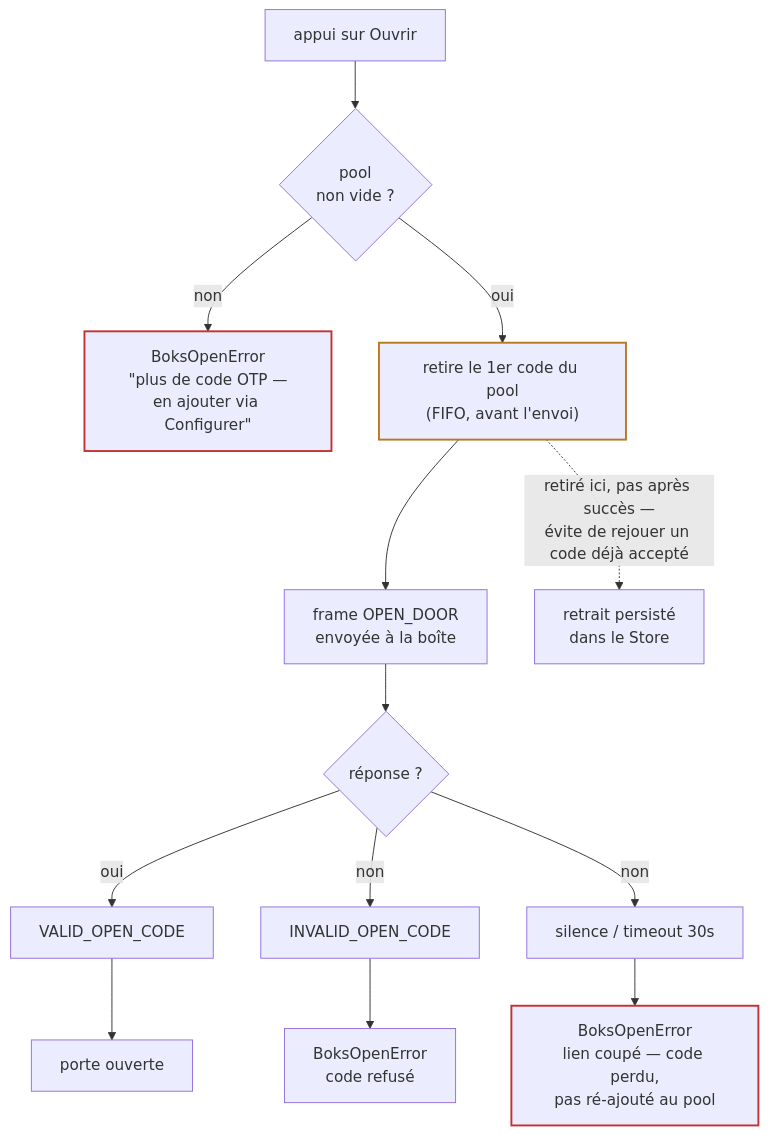
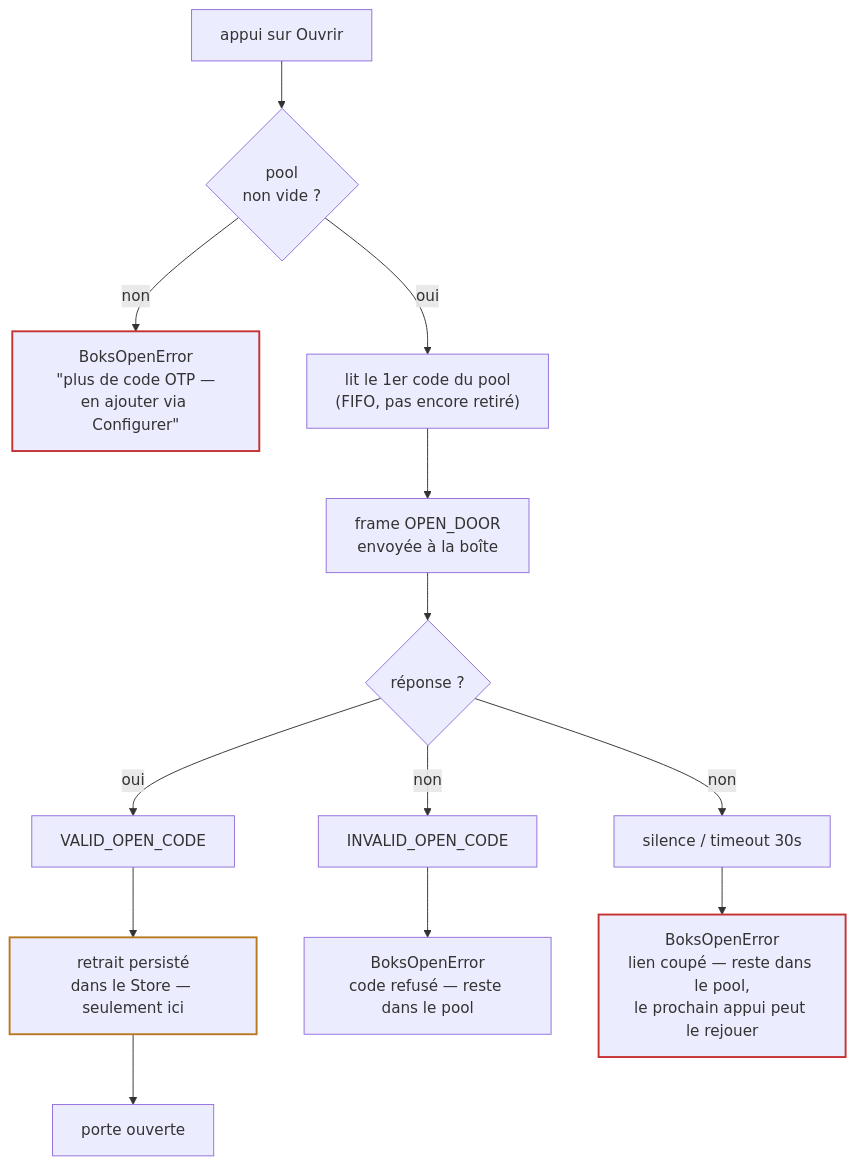
One commit to kamahat/skob-ha changed the second of 2 diagrams in docs/fr/TODO.md. Above: the diagram before and after it, drawn with Mermaid. The commit also changed other lines of this file and 1 other file, not shown here.

First line of the commit message:
docs(todo): OTP removal happens on confirmed use, not on send

````diff
--- a/docs/fr/TODO.md
+++ b/docs/fr/TODO.md
@@ -258,33 +258,30 @@
 ```mermaid
 flowchart TD
     press["appui sur Ouvrir"]
     check{"pool<br/>non vide ?"}
     empty["BoksOpenError<br/>&quot;plus de code OTP —<br/>en ajouter via Configurer&quot;"]
 
-    pop["retire le 1er code du pool<br/>(FIFO, avant l'envoi)"]
+    peek["lit le 1er code du pool<br/>(FIFO, pas encore retiré)"]
     send["frame OPEN_DOOR<br/>envoyée à la boîte"]
 
     resp{"réponse ?"}
     valid["VALID_OPEN_CODE"]
     invalid["INVALID_OPEN_CODE"]
     timeout["silence / timeout 30s"]
 
-    committed["retrait persisté<br/>dans le Store"]
+    committed["retrait persisté<br/>dans le Store — seulement ici"]
     doorOpen["porte ouverte"]
-    fail["BoksOpenError<br/>code refusé"]
-    failAmbig["BoksOpenError<br/>lien coupé — code perdu,<br/>pas ré-ajouté au pool"]
+    fail["BoksOpenError<br/>code refusé — reste dans le pool"]
+    failAmbig["BoksOpenError<br/>lien coupé — reste dans le pool,<br/>le prochain appui peut le rejouer"]
 
     press --> check
     check -- non --> empty
-    check -- oui --> pop
-    pop --> send
-    pop -. "retiré ici, pas après succès —<br/>évite de rejouer un code déjà accepté" .-> committed
-    send --> resp
-    resp -- oui --> valid --> doorOpen
+    check -- oui --> peek --> send --> resp
+    resp -- oui --> valid --> committed --> doorOpen
     resp -- non --> invalid --> fail
     resp -- non --> timeout --> failAmbig
 
-    style pop stroke:#b7791f,stroke-width:2px
+    style committed stroke:#b7791f,stroke-width:2px
     style empty stroke:#c53030,stroke-width:2px
     style failAmbig stroke:#c53030,stroke-width:2px
 ```
````
